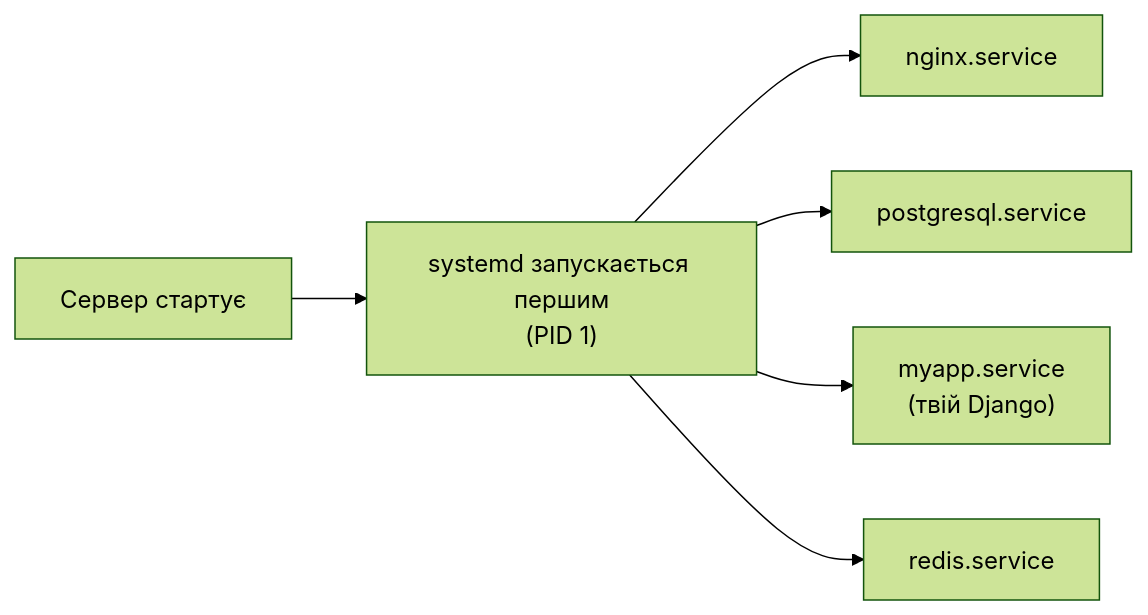
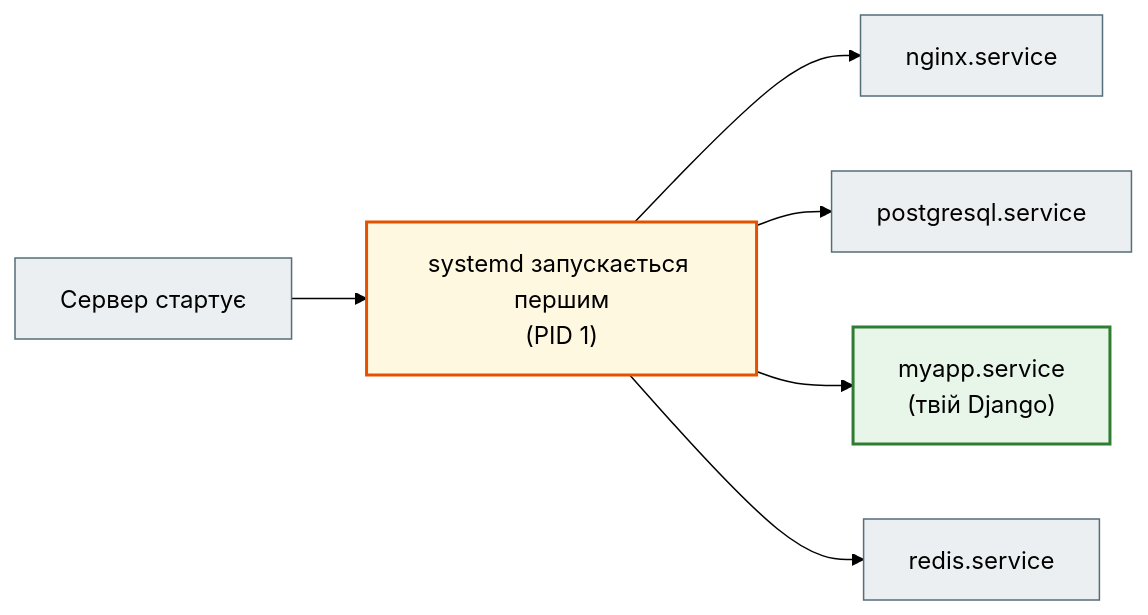
The first of 2 diagrams in docs/10_linux_and_devops/linux_05_processes_ports_services_full.md (NikoriakViktot/notes_chat_app), drawn with Mermaid (forest theme) before and after one commit. The commit also changed other lines of this file and 441 other files, not shown here.

First line of the commit message:
Add English version of the book, Mermaid standard, docs fixes

````diff
--- a/docs/10_linux_and_devops/linux_05_processes_ports_services_full.md
+++ b/docs/10_linux_and_devops/linux_05_processes_ports_services_full.md
@@ -123,8 +123,15 @@
 ```mermaid
 flowchart LR
-    Boot["Сервер стартує"] --> Systemd["systemd запускається першим\n(PID 1)"]
+    Boot["Сервер стартує"] --> Systemd["systemd запускається першим<br>(PID 1)"]
     Systemd --> Nginx["nginx.service"]
     Systemd --> Postgres["postgresql.service"]
-    Systemd --> Myapp["myapp.service\n(твій Django)"]
+    Systemd --> Myapp["myapp.service<br>(твій Django)"]
     Systemd --> Redis["redis.service"]
+
+    classDef step     fill:#eceff1,stroke:#546e7a,stroke-width:1px;
+    classDef success  fill:#e8f5e9,stroke:#2e7d32,stroke-width:2px;
+    classDef warning  fill:#fff8e1,stroke:#e65100,stroke-width:2px;
+    class Boot,Nginx,Postgres,Redis step;
+    class Myapp success;
+    class Systemd warning;
 ```
````
